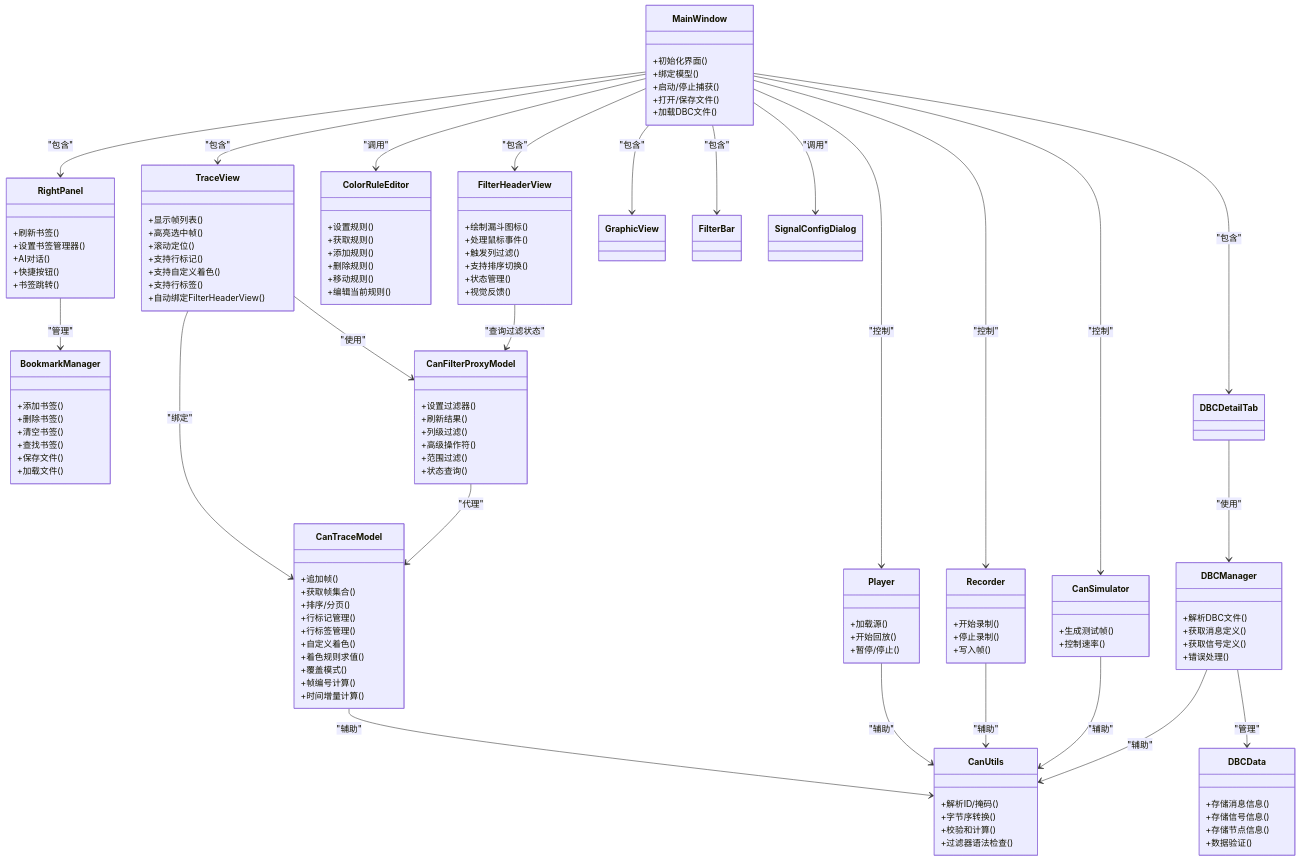
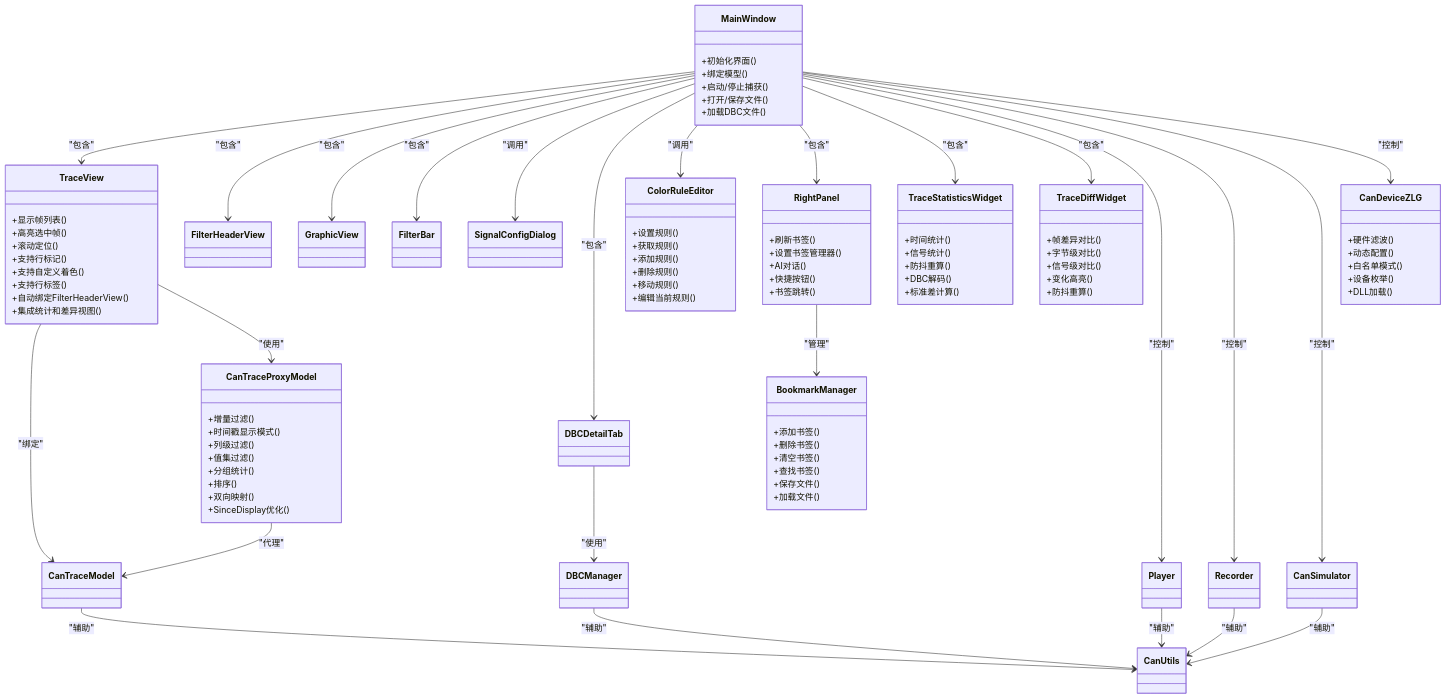
One commit to jakecai1225-design/OpenBus changed the second of 8 diagrams in .qoder/repowiki/zh/content/项目概述/CAN总线分析工具.md. Above: the diagram before and after it, drawn with Mermaid. The commit also changed other lines of this file and 22 other files, not shown here.

Commit message:
trace graphic

```diff
--- a/.qoder/repowiki/zh/content/项目概述/CAN总线分析工具.md
+++ b/.qoder/repowiki/zh/content/项目概述/CAN总线分析工具.md
@@ -190,14 +206,46 @@
 +支持自定义着色()
 +支持行标签()
 +自动绑定FilterHeaderView()
++集成统计和差异视图()
 }
-class FilterHeaderView {
-+绘制漏斗图标()
-+处理鼠标事件()
-+触发列过滤()
-+支持排序切换()
-+状态管理()
-+视觉反馈()
+class CanTraceProxyModel {
++增量过滤()
++时间戳显示模式()
++列级过滤()
++值集过滤()
++分组统计()
++排序()
++双向映射()
++SinceDisplay优化()
+}
+class TraceStatisticsWidget {
++时间统计()
++信号统计()
++防抖重算()
++DBC解码()
++标准差计算()
+}
+class TraceDiffWidget {
++帧差异对比()
++字节级对比()
++信号级对比()
++变化高亮()
++防抖重算()
+}
+class CanDeviceZLG {
++硬件滤波()
++动态配置()
++白名单模式()
++设备枚举()
++DLL加载()
+}
+class BookmarkManager {
++添加书签()
++删除书签()
++清空书签()
++查找书签()
++保存文件()
++加载文件()
 }
 class ColorRuleEditor {
 +设置规则()
@@ -214,66 +262,6 @@
 +快捷按钮()
 +书签跳转()
 }
-class BookmarkManager {
-+添加书签()
-+删除书签()
-+清空书签()
-+查找书签()
-+保存文件()
-+加载文件()
-}
-class CanTraceModel {
-+追加帧()
-+获取帧集合()
-+排序/分页()
-+行标记管理()
-+行标签管理()
-+自定义着色()
-+着色规则求值()
-+覆盖模式()
-+帧编号计算()
-+时间增量计算()
-}
-class CanFilterProxyModel {
-+设置过滤器()
-+刷新结果()
-+列级过滤()
-+高级操作符()
-+范围过滤()
-+状态查询()
-}
-class Player {
-+加载源()
-+开始回放()
-+暂停/停止()
-}
-class Recorder {
-+开始录制()
-+停止录制()
-+写入帧()
-}
-class CanSimulator {
-+生成测试帧()
-+控制速率()
-}
-class DBCManager {
-+解析DBC文件()
-+获取消息定义()
-+获取信号定义()
-+错误处理()
-}
-class DBCData {
-+存储消息信息()
-+存储信号信息()
-+存储节点信息()
-+数据验证()
-}
-class CanUtils {
-+解析ID/掩码()
-+字节序转换()
-+校验和计算()
-+过滤器语法检查()
-}
 MainWindow --> TraceView : "包含"
 MainWindow --> FilterHeaderView : "包含"
 MainWindow --> GraphicView : "包含"
@@ -282,16 +270,17 @@
 MainWindow --> DBCDetailTab : "包含"
 MainWindow --> ColorRuleEditor : "调用"
 MainWindow --> RightPanel : "包含"
+MainWindow --> TraceStatisticsWidget : "包含"
+MainWindow --> TraceDiffWidget : "包含"
 TraceView --> CanTraceModel : "绑定"
-TraceView --> CanFilterProxyModel : "使用"
-FilterHeaderView --> CanFilterProxyModel : "查询过滤状态"
+TraceView --> CanTraceProxyModel : "使用"
+CanTraceProxyModel --> CanTraceModel : "代理"
 RightPanel --> BookmarkManager : "管理"
-CanFilterProxyModel --> CanTraceModel : "代理"
 DBCDetailTab --> DBCManager : "使用"
-DBCManager --> DBCData : "管理"
 MainWindow --> Player : "控制"
 MainWindow --> Recorder : "控制"
 MainWindow --> CanSimulator : "控制"
+MainWindow --> CanDeviceZLG : "控制"
 CanTraceModel --> CanUtils : "辅助"
 Player --> CanUtils : "辅助"
 Recorder --> CanUtils : "辅助"
```
